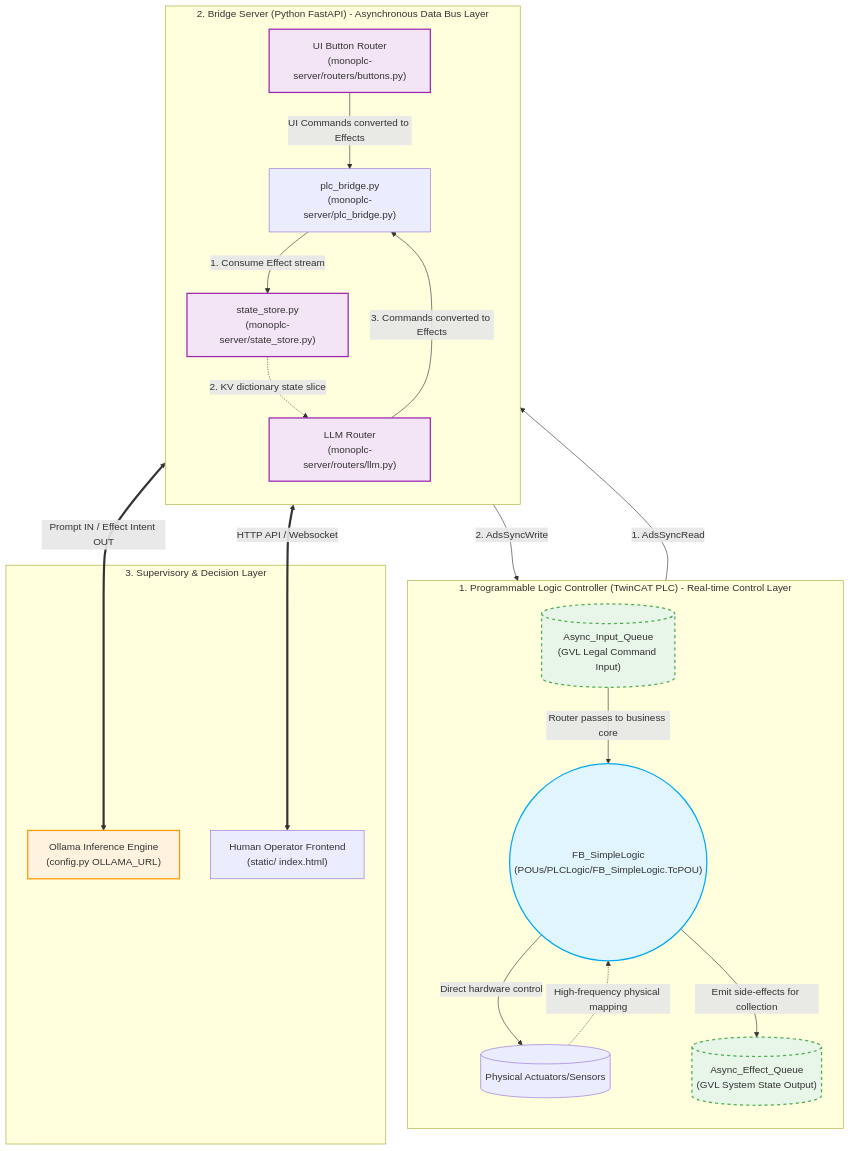
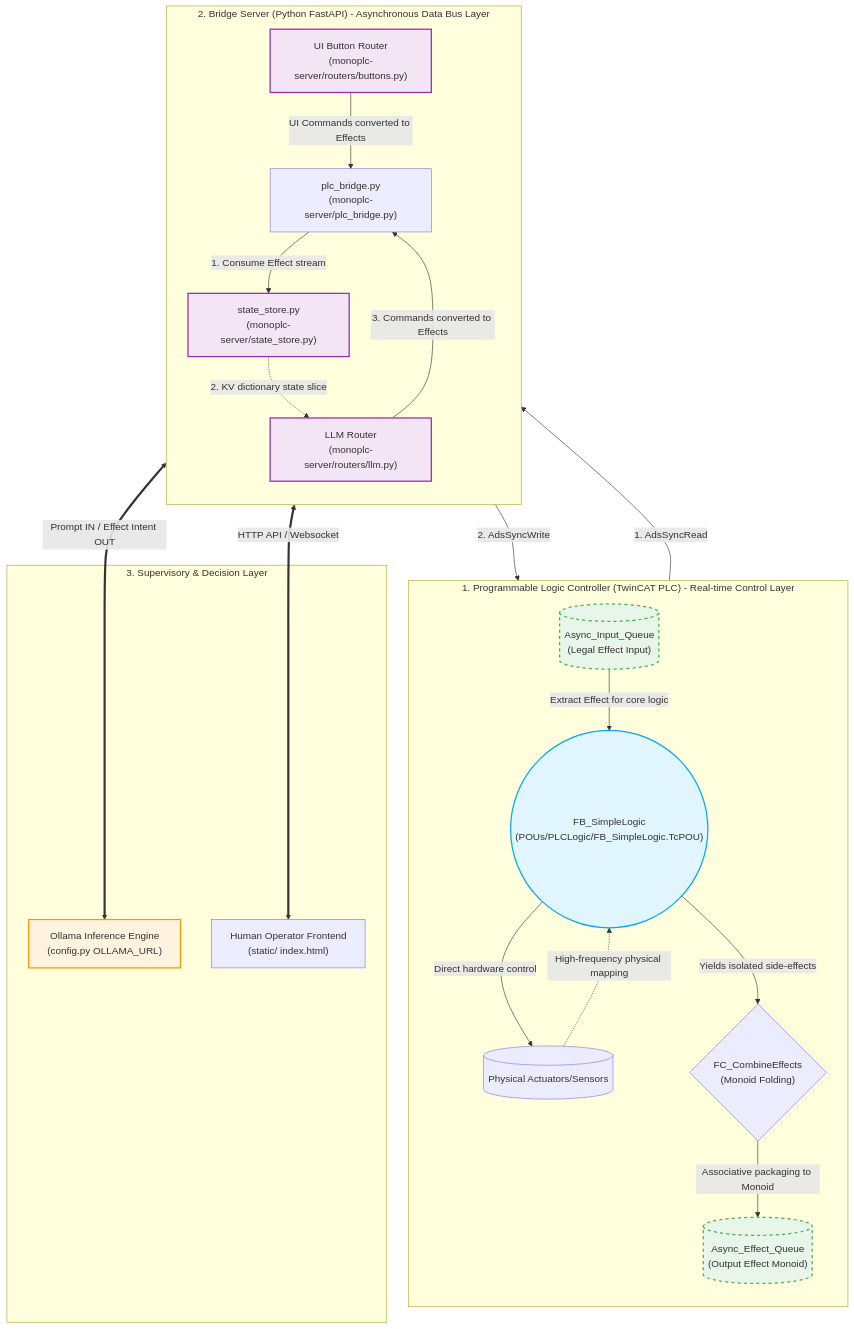
One commit to XiaoxiaoZ/MonoPLC changed the diagram in MonoPLC_LLM_Monoid_Architecture_EN.md. Above: the diagram before and after it, drawn with Mermaid. The commit also changed 5 other files, not shown here.

Commit message:
refactor: Introduce Monoid folding for side-effect combining and clarify effect handling in the PLC architecture.

````diff
--- a/MonoPLC_LLM_Monoid_Architecture_EN.md
+++ b/MonoPLC_LLM_Monoid_Architecture_EN.md
@@ -12,53 +12,55 @@
 ```mermaid
 flowchart TD
     %% Physical Control Layer
     subgraph Layer_PLC ["1. Programmable Logic Controller (TwinCAT PLC) - Real-time Control Layer"]
         direction TB
         SafeCore(("FB_SimpleLogic\n(POUs/PLCLogic/FB_SimpleLogic.TcPOU)"))
-        AsyncOut[("Async_Effect_Queue\n(GVL System State Output)")]
-        AsyncIn[("Async_Input_Queue\n(GVL Legal Command Input)")]
+        MonoidMerge{"FC_CombineEffects\n(Monoid Folding)"}
+        AsyncOut[("Async_Effect_Queue\n(Output Effect Monoid)")]
+        AsyncIn[("Async_Input_Queue\n(Legal Effect Input)")]
         Hardware[(Physical Actuators/Sensors)]
         
         Hardware -.->|High-frequency physical mapping| SafeCore
         SafeCore -->|Direct hardware control| Hardware
-        SafeCore -->|Emit side-effects for collection| AsyncOut
-        AsyncIn -->|Router passes to business core| SafeCore
+        SafeCore -->|Yields isolated side-effects| MonoidMerge
+        MonoidMerge -->|Associative packaging to Monoid| AsyncOut
+        AsyncIn -->|Extract Effect for core logic| SafeCore
     end
 
     %% Middleware Bus Layer
     subgraph Layer_Server ["2. Bridge Server (Python FastAPI) - Asynchronous Data Bus Layer"]
         direction TB
         PLC_Bridge["plc_bridge.py\n(monoplc-server/plc_bridge.py)"]
         State_Store["state_store.py\n(monoplc-server/state_store.py)"]
         Router_LLM["LLM Router\n(monoplc-server/routers/llm.py)"]
         Router_UI["UI Button Router\n(monoplc-server/routers/buttons.py)"]
         
         PLC_Bridge -->|1. Consume Effect stream| State_Store
         State_Store -.->|2. KV dictionary state slice| Router_LLM
         Router_LLM -->|3. Commands converted to Effects| PLC_Bridge
         Router_UI -->|UI Commands converted to Effects| PLC_Bridge
     end
 
     %% Intelligent Supervisory Layer
     subgraph Layer_AI ["3. Supervisory & Decision Layer"]
         Ollama["Ollama Inference Engine\n(config.py OLLAMA_URL)"]
         WebUI["Human Operator Frontend\n(static/ index.html)"]
         
         Router_LLM <==>|Prompt IN / Effect Intent OUT| Ollama
         Router_UI <==>|HTTP API / Websocket| WebUI
     end
 
     classDef plcCore fill:#e1f5fe,stroke:#03a9f4,stroke-width:2px;
     classDef serverBus fill:#f3e5f5,stroke:#9c27b0,stroke-width:2px;
     classDef aiBrain fill:#fff3e0,stroke:#ff9800,stroke-width:2px;
     classDef queue fill:#e8f5e9,stroke:#4caf50,stroke-width:2px,stroke-dasharray: 5 5;
 
     class SafeCore plcCore;
     class State_Store,Router_LLM,Router_UI serverBus;
     class Ollama aiBrain;
     class AsyncOut,AsyncIn queue;
 
     %% Cross-layer boundary links
     AsyncOut -->|1. AdsSyncRead| PLC_Bridge
     PLC_Bridge -->|2. AdsSyncWrite| AsyncIn
 ```
````
